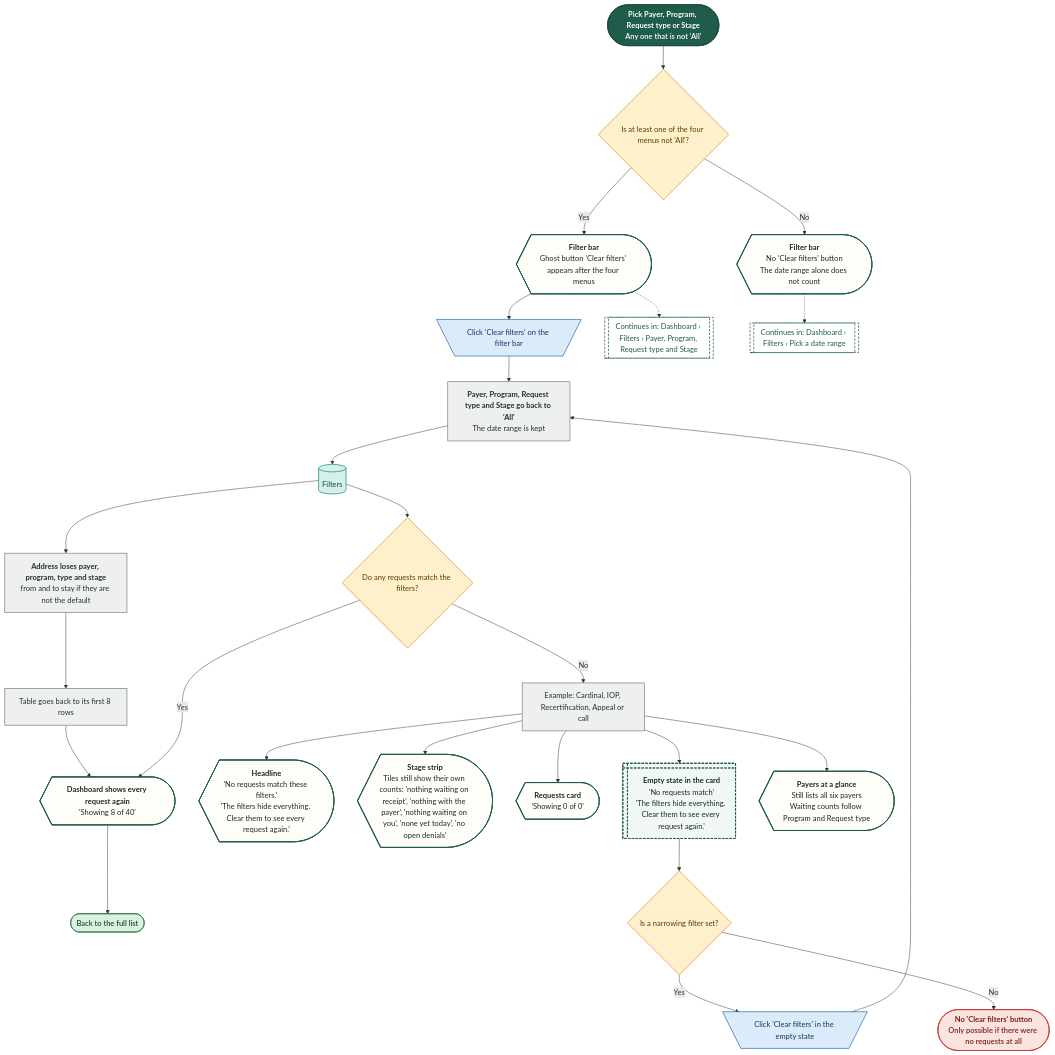
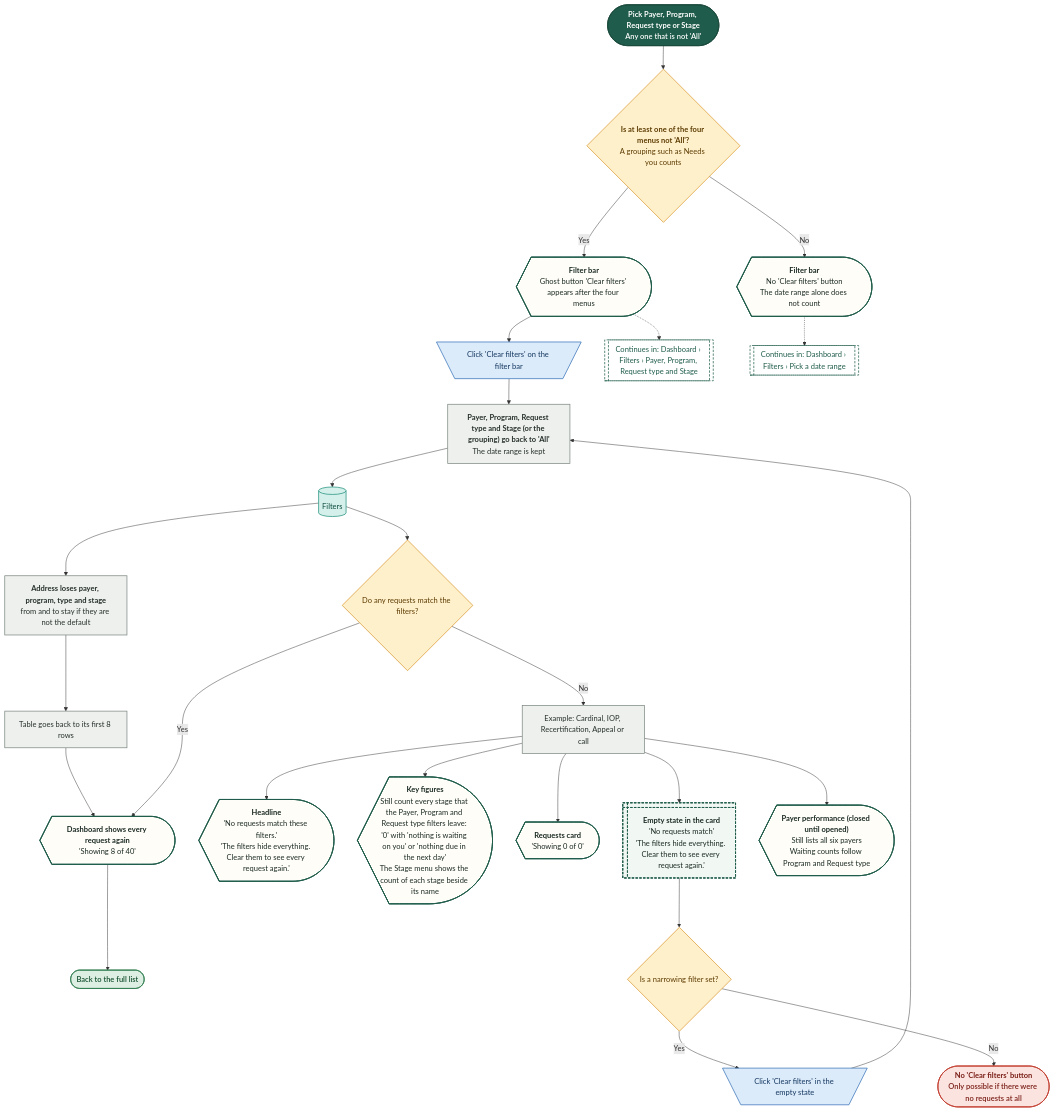
One commit to Shrav143/psyfloapp changed the eighth of 21 diagrams in demos/prior-auth-demo/workflows/out/md/02-dashboard.md. Above: the diagram before and after it, drawn with Mermaid. The commit also changed other lines of this file and 192 other files, not shown here.

First line of the commit message:
docs: changelog by sidebar tab; README, diagrams and Settings layout aligned with the refinement; shared InfoTip; referral cost-share line

````diff
--- a/demos/prior-auth-demo/workflows/out/md/02-dashboard.md
+++ b/demos/prior-auth-demo/workflows/out/md/02-dashboard.md
@@ -508,64 +615,64 @@
 ```mermaid
 %%{init: {"theme":"base","themeVariables":{"fontFamily":"'DM Sans', 'Segoe UI', system-ui, sans-serif","fontSize":"15px","lineColor":"#5B6B63","primaryTextColor":"#1C2B25","clusterBkg":"#FBF8F3","clusterBorder":"#D9CDBB","edgeLabelBackground":"#FFFFFF"},"flowchart":{"curve":"basis","nodeSpacing":36,"rankSpacing":48,"padding":12,"htmlLabels":true,"useMaxWidth":false,"wrappingWidth":230}} }%%
 flowchart TD
   classDef k_start fill:#1F5C4B,stroke:#174638,color:#FFFFFF,stroke-width:1.5px,font-weight:600
   classDef k_end fill:#DDEFE3,stroke:#2E7D4F,color:#14502F,stroke-width:1.5px,font-weight:600
   classDef k_endx fill:#FBE3E0,stroke:#C0392B,color:#7A1F16,stroke-width:1.5px,font-weight:600
   classDef k_screen fill:#FFFDF8,stroke:#1F5C4B,color:#1C2B25,stroke-width:2px
   classDef k_overlay fill:#F1F7F3,stroke:#1F5C4B,color:#1C2B25,stroke-width:2px,stroke-dasharray:5 3
   classDef k_click fill:#DCEBFA,stroke:#2F6DB5,color:#12365F,stroke-width:1.5px
   classDef k_input fill:#E4E7FF,stroke:#4C5FD5,color:#1D2670,stroke-width:1.5px
   classDef k_process fill:#EEF0EE,stroke:#7A857F,color:#26302B,stroke-width:1.5px
   classDef k_agent fill:#EEE5FA,stroke:#7A4FC2,color:#341A63,stroke-width:1.5px
   classDef k_decision fill:#FFF0CC,stroke:#D9962B,color:#5C3B00,stroke-width:1.5px
   classDef k_store fill:#D5F0EA,stroke:#1C8E7B,color:#0B4A3F,stroke-width:1.5px
   classDef k_doc fill:#F6E9DC,stroke:#B07A4C,color:#4A2E14,stroke-width:1.5px
   classDef k_ext fill:#FFE6D2,stroke:#E07B39,color:#6B2F06,stroke-width:1.5px
   classDef k_wait fill:#E4E8EE,stroke:#6B7C93,color:#26303D,stroke-width:1.5px
   classDef k_toast fill:#FFF9DB,stroke:#C9A400,color:#5A4A00,stroke-width:1.5px
   classDef k_goto fill:#FFFFFF,stroke:#1F5C4B,color:#1F5C4B,stroke-width:1.5px,stroke-dasharray:5 3
   s1@{ shape: stadium, label: "<b>Pick Payer, Program, Request type or Stage</b><br/>Any one that is not 'All'" }
-  d1@{ shape: diam, label: "Is at least one of the four menus not 'All'?" }
+  d1@{ shape: diam, label: "<b>Is at least one of the four menus not 'All'?</b><br/>A grouping such as Needs you counts" }
   sc1@{ shape: curv-trap, label: "<b>Filter bar</b><br/>Ghost button 'Clear filters' appears after the four menus" }
   sc0@{ shape: curv-trap, label: "<b>Filter bar</b><br/>No 'Clear filters' button<br/>The date range alone does not count" }
   c1@{ shape: trap-t, label: "Click 'Clear filters' on the filter bar" }
-  p1@{ shape: rect, label: "<b>Payer, Program, Request type and Stage go back to 'All'</b><br/>The date range is kept" }
+  p1@{ shape: rect, label: "<b>Payer, Program, Request type and Stage (or the grouping) go back to 'All'</b><br/>The date range is kept" }
   w1@{ shape: cyl, label: "Filters" }
   p2@{ shape: rect, label: "<b>Address loses payer, program, type and stage</b><br/>from and to stay if they are not the default" }
   p3@{ shape: rect, label: "Table goes back to its first 8 rows" }
   sc2@{ shape: curv-trap, label: "<b>Dashboard shows every request again</b><br/>'Showing 8 of 40'" }
   e1@{ shape: stadium, label: "Back to the full list" }
   d2@{ shape: diam, label: "Do any requests match the filters?" }
   p4@{ shape: rect, label: "Example: Cardinal, IOP, Recertification, Appeal or call" }
   em1@{ shape: curv-trap, label: "<b>Headline</b><br/>'No requests match these filters.'<br/>'The filters hide everything. Clear them to see every request again.'" }
-  em2@{ shape: curv-trap, label: "<b>Stage strip</b><br/>Tiles still show their own counts: 'nothing waiting on receipt', 'nothing with the payer', 'nothing waiting on you', 'none yet today', 'no open denials'" }
+  em2@{ shape: curv-trap, label: "<b>Key figures</b><br/>Still count every stage that the Payer, Program and Request type filters leave: '0' with 'nothing is waiting on you' or 'nothing due in the next day'<br/>The Stage menu shows the count of each stage beside its name" }
   em3@{ shape: curv-trap, label: "<b>Requests card</b><br/>'Showing 0 of 0'" }
   em4@{ shape: win-pane, label: "<b>Empty state in the card</b><br/>'No requests match'<br/>'The filters hide everything. Clear them to see every request again.'" }
   d3@{ shape: diam, label: "Is a narrowing filter set?" }
   c2@{ shape: trap-t, label: "Click 'Clear filters' in the empty state" }
-  em5@{ shape: curv-trap, label: "<b>Payers at a glance</b><br/>Still lists all six payers<br/>Waiting counts follow Program and Request type" }
+  em5@{ shape: curv-trap, label: "<b>Payer performance (closed until opened)</b><br/>Still lists all six payers<br/>Waiting counts follow Program and Request type" }
   x1@{ shape: stadium, label: "<b>No 'Clear filters' button</b><br/>Only possible if there were no requests at all" }
   g1@{ shape: subproc, label: "Continues in: Dashboard › Filters › Payer, Program, Request type and Stage" }
   g2@{ shape: subproc, label: "Continues in: Dashboard › Filters › Pick a date range" }
   s1 --> d1
   d1 -->|"Yes"| sc1 --> c1 --> p1 --> w1 --> p2 --> p3 --> sc2 --> e1
   d1 -->|"No"| sc0 -.-> g2
   w1 --> d2
   d2 -->|"Yes"| sc2
   d2 -->|"No"| p4
   p4 --> em1 & em2 & em3 & em4 & em5
   em4 --> d3
   d3 -->|"Yes"| c2 --> p1
   d3 -->|"No"| x1
   sc1 -.-> g1
   class s1 k_start
   class d1,d2,d3 k_decision
   class sc1,sc0,sc2,em1,em2,em3,em5 k_screen
   class c1,c2 k_click
   class p1,p2,p3,p4 k_process
   class w1 k_store
   class e1 k_end
   class em4 k_overlay
   class x1 k_endx
   class g1,g2 k_goto
 ```
````
